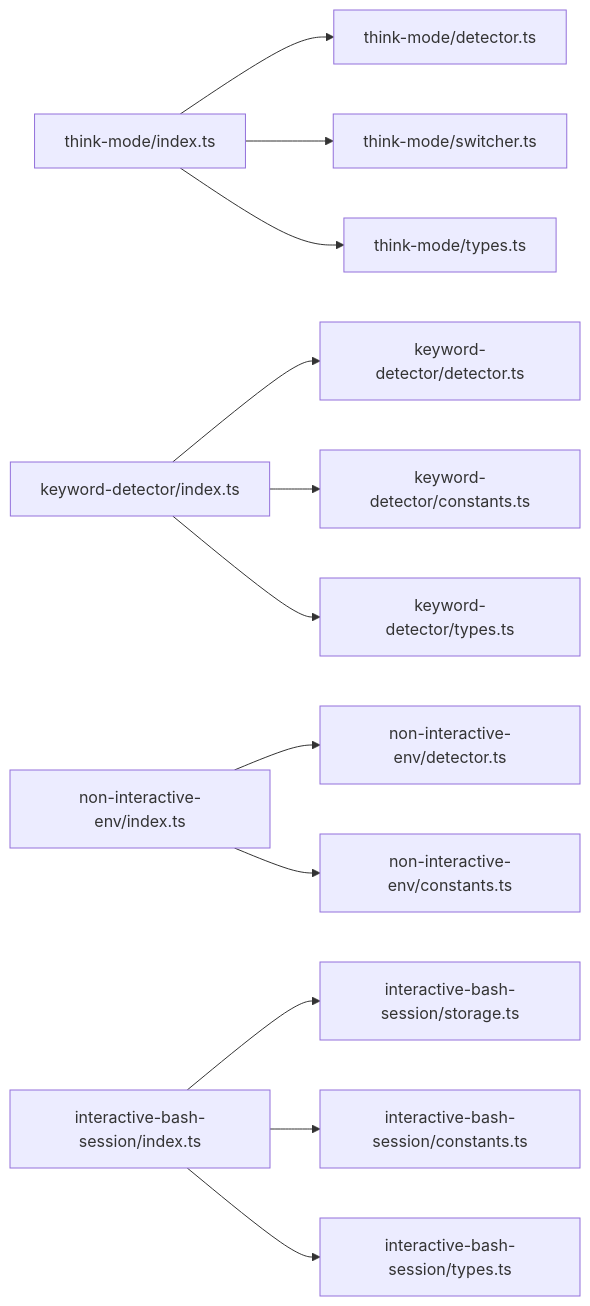
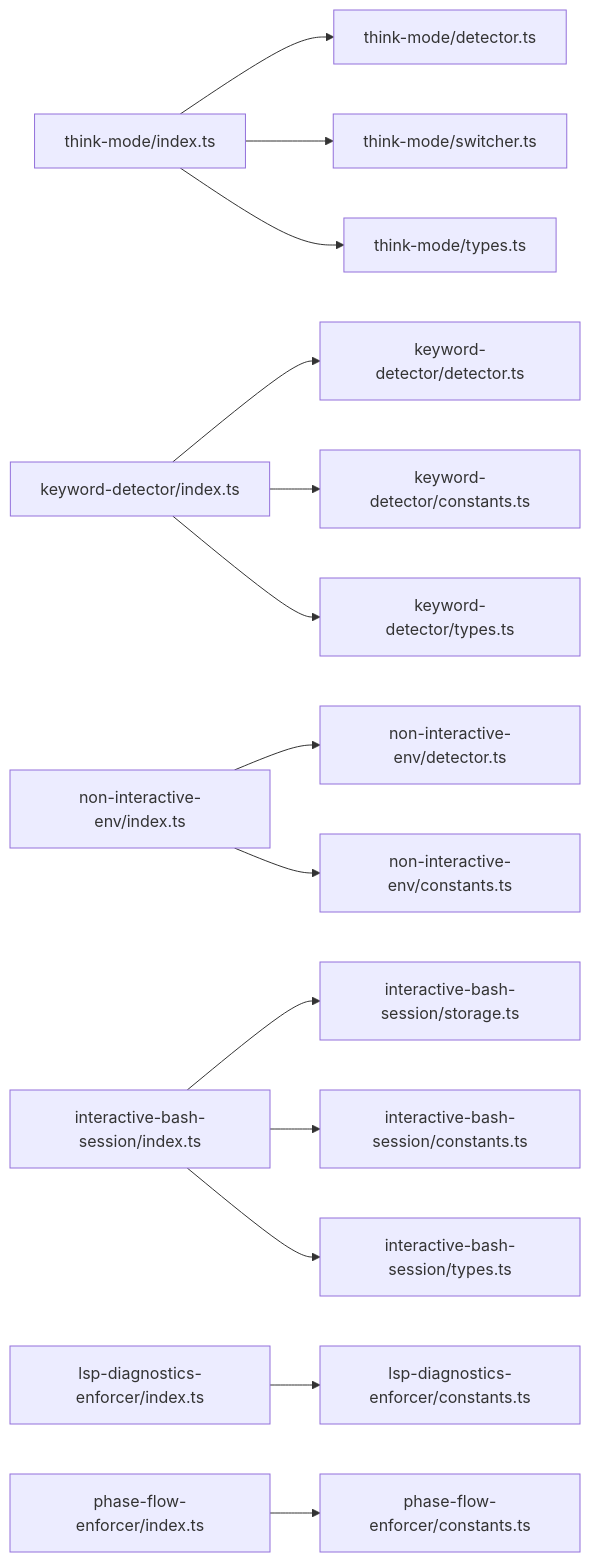
The ninth of 9 diagrams in .qoder/repowiki/zh/content/钩子系统/实用工具钩子.md (code-yeongyu/oh-my-openagent), drawn with Mermaid before and after one commit. The commit also changed other lines of this file and 61 other files, not shown here.

````diff
--- a/.qoder/repowiki/zh/content/钩子系统/实用工具钩子.md
+++ b/.qoder/repowiki/zh/content/钩子系统/实用工具钩子.md
@@ -312,14 +423,16 @@
 ```mermaid
 graph LR
 TM_IDX["think-mode/index.ts"] --> TM_DET["think-mode/detector.ts"]
 TM_IDX --> TM_SW["think-mode/switcher.ts"]
 TM_IDX --> TM_TYPES["think-mode/types.ts"]
 KW_IDX["keyword-detector/index.ts"] --> KW_DET["keyword-detector/detector.ts"]
 KW_IDX --> KW_CONST["keyword-detector/constants.ts"]
 KW_IDX --> KW_TYPES["keyword-detector/types.ts"]
 NI_IDX["non-interactive-env/index.ts"] --> NI_DET["non-interactive-env/detector.ts"]
 NI_IDX --> NI_CONST["non-interactive-env/constants.ts"]
 IB_IDX["interactive-bash-session/index.ts"] --> IB_STORE["interactive-bash-session/storage.ts"]
 IB_IDX --> IB_CONST["interactive-bash-session/constants.ts"]
 IB_IDX --> IB_TYPES["interactive-bash-session/types.ts"]
+LSP_IDX["lsp-diagnostics-enforcer/index.ts"] --> LSP_CONST["lsp-diagnostics-enforcer/constants.ts"]
+PH_IDX["phase-flow-enforcer/index.ts"] --> PH_CONST["phase-flow-enforcer/constants.ts"]
 ```
````
